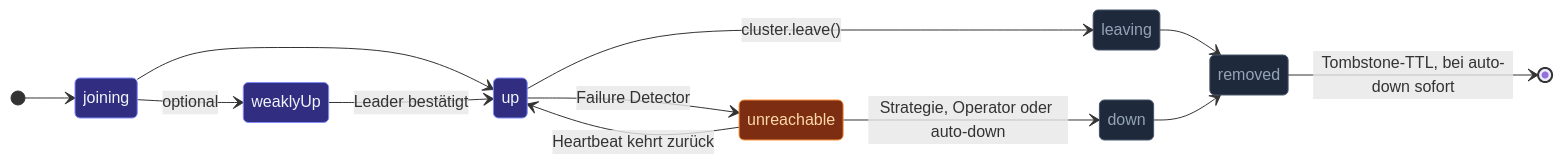
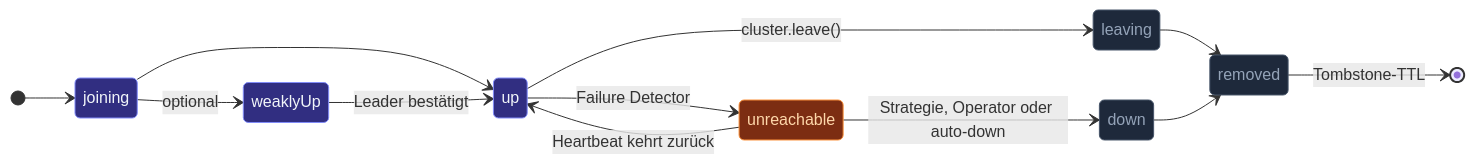
One commit to pathosDev/actor-ts changed the diagram in docs/src/content/docs/de/cluster/overview.mdx. Above: the diagram before and after it, drawn with Mermaid. The commit also changed other lines of this file and 24 other files, not shown here.

````diff
--- a/docs/src/content/docs/de/cluster/overview.mdx
+++ b/docs/src/content/docs/de/cluster/overview.mdx
@@ -160,21 +160,21 @@
 ```mermaid
 stateDiagram-v2
   direction LR
   [*] --> joining
   joining --> weaklyUp: optional
   joining --> up
   weaklyUp --> up: Leader bestätigt
   up --> unreachable: Failure Detector
   unreachable --> up: Heartbeat kehrt zurück
   unreachable --> down: Strategie, Operator oder auto-down
   up --> leaving: cluster.leave()
   leaving --> removed
   down --> removed
-  removed --> [*]: Tombstone-TTL, bei auto-down sofort
+  removed --> [*]: Tombstone-TTL
   classDef happy   fill:#312e81,stroke:#818cf8,color:#f1f5f9;
   classDef warn    fill:#7c2d12,stroke:#fb923c,color:#fed7aa;
   classDef gone    fill:#1e293b,stroke:#475569,color:#94a3b8;
   class joining,weaklyUp,up happy
   class unreachable warn
   class leaving,down,removed gone
 ```
````
